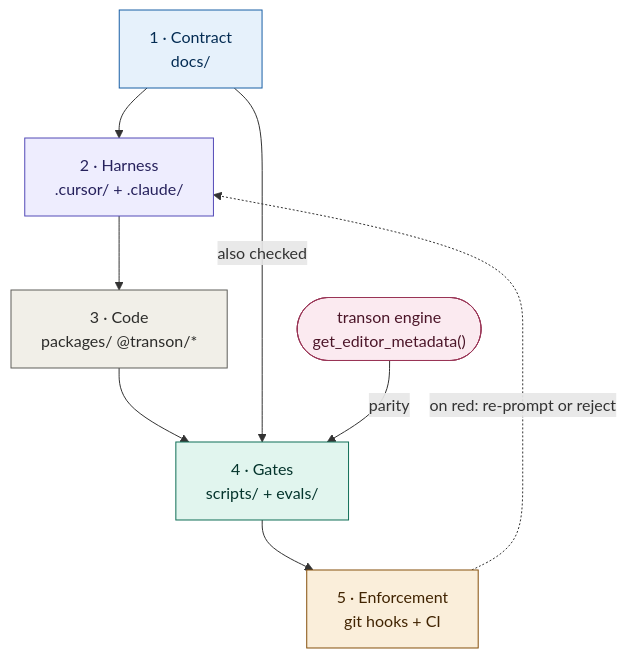
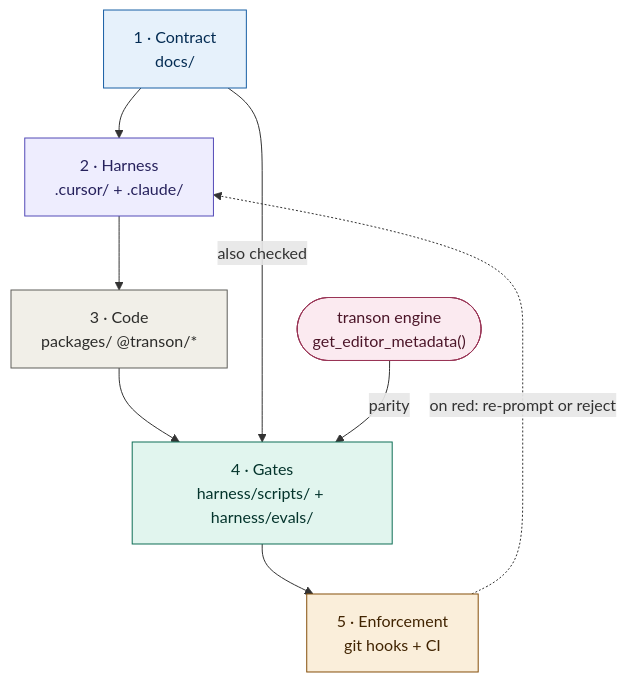
Before and after one commit to transon-org/transon-blockly: the first of 3 diagrams in docs/guides/agentic-development.md, drawn with Mermaid. The commit also changed other lines of this file and 31 other files, not shown here.

First line of the commit message:
harness: consolidate scripts/evals/githooks under harness/; add broken-link gate

````diff
--- a/docs/guides/agentic-development.md
+++ b/docs/guides/agentic-development.md
@@ -36,27 +36,27 @@
 ```mermaid
 flowchart TB
     C["1 · Contract<br/>docs/"]
     H["2 · Harness<br/>.cursor/ + .claude/"]
     K["3 · Code<br/>packages/ @transon/*"]
-    G["4 · Gates<br/>scripts/ + evals/"]
+    G["4 · Gates<br/>harness/scripts/ + harness/evals/"]
     E["5 · Enforcement<br/>git hooks + CI"]
     EN(["transon engine<br/>get_editor_metadata()"])
 
     C --> H --> K --> G --> E
     C -->|also checked| G
     EN -->|parity| G
     E -.->|on red: re-prompt or reject| H
 
     classDef con fill:#E6F1FB,stroke:#185FA5,color:#042C53;
     classDef har fill:#EEEDFE,stroke:#534AB7,color:#26215C;
     classDef cod fill:#F1EFE8,stroke:#5F5E5A,color:#2C2C2A;
     classDef gat fill:#E1F5EE,stroke:#0F6E56,color:#04342C;
     classDef enf fill:#FAEEDA,stroke:#854F0B,color:#412402;
     classDef eng fill:#FBEAF0,stroke:#993556,color:#4B1528;
     class C con;
     class H har;
     class K cod;
     class G gat;
     class E enf;
     class EN eng;
 ```
````
